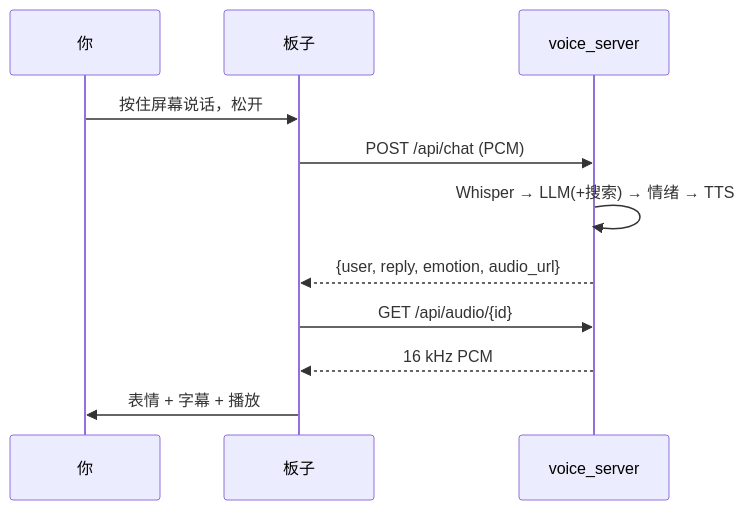
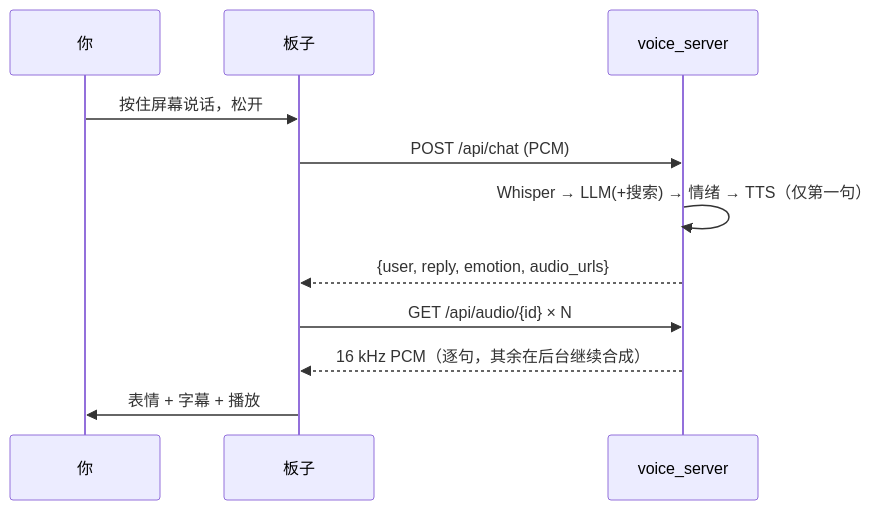
Before and after one commit to syu-lk4b/esp32-chatbot-local: the second of 3 diagrams in docs/zh-CN/architecture.md, drawn with Mermaid. The commit also changed other lines of this file and 6 other files, not shown here.

````diff
--- a/docs/zh-CN/architecture.md
+++ b/docs/zh-CN/architecture.md
@@ -45,13 +45,13 @@
 ```mermaid
 sequenceDiagram
   participant U as 你
   participant B as 板子
   participant S as voice_server
   U->>B: 按住屏幕说话，松开
   B->>S: POST /api/chat (PCM)
-  S->>S: Whisper → LLM(+搜索) → 情绪 → TTS
-  S-->>B: {user, reply, emotion, audio_url}
-  B->>S: GET /api/audio/{id}
-  S-->>B: 16 kHz PCM
+  S->>S: Whisper → LLM(+搜索) → 情绪 → TTS（仅第一句）
+  S-->>B: {user, reply, emotion, audio_urls}
+  B->>S: GET /api/audio/{id} × N
+  S-->>B: 16 kHz PCM（逐句，其余在后台继续合成）
   B->>U: 表情 + 字幕 + 播放
 ```
````
